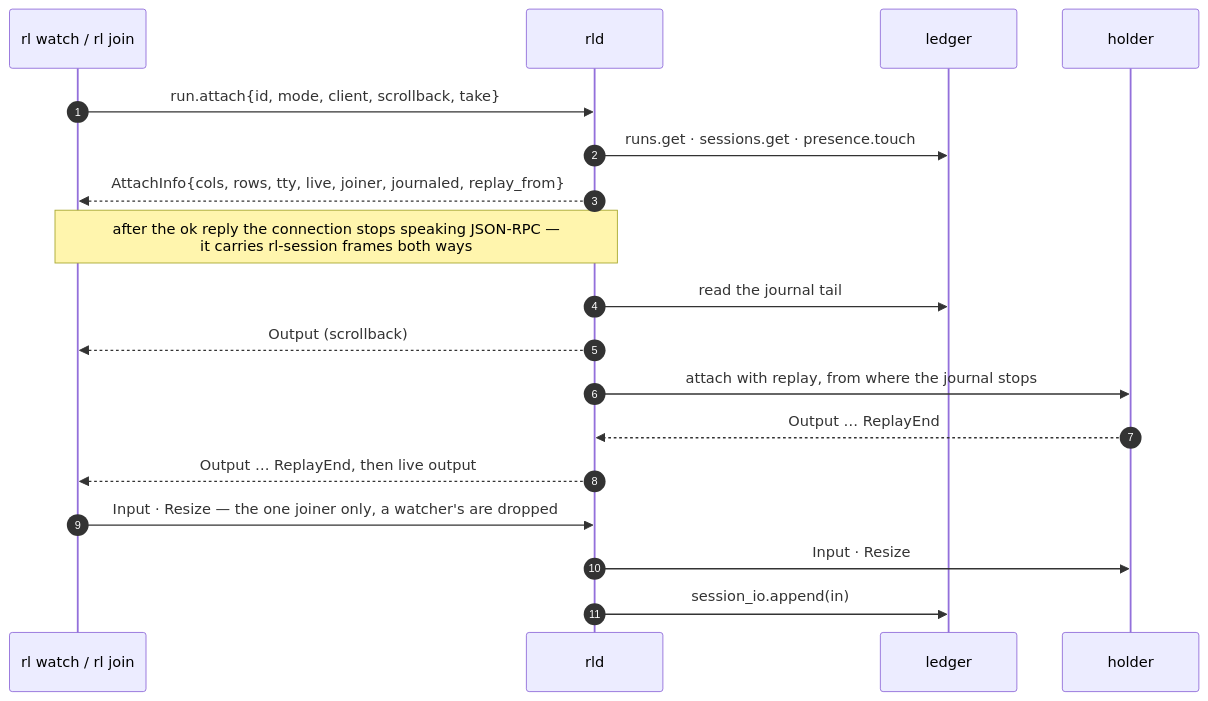
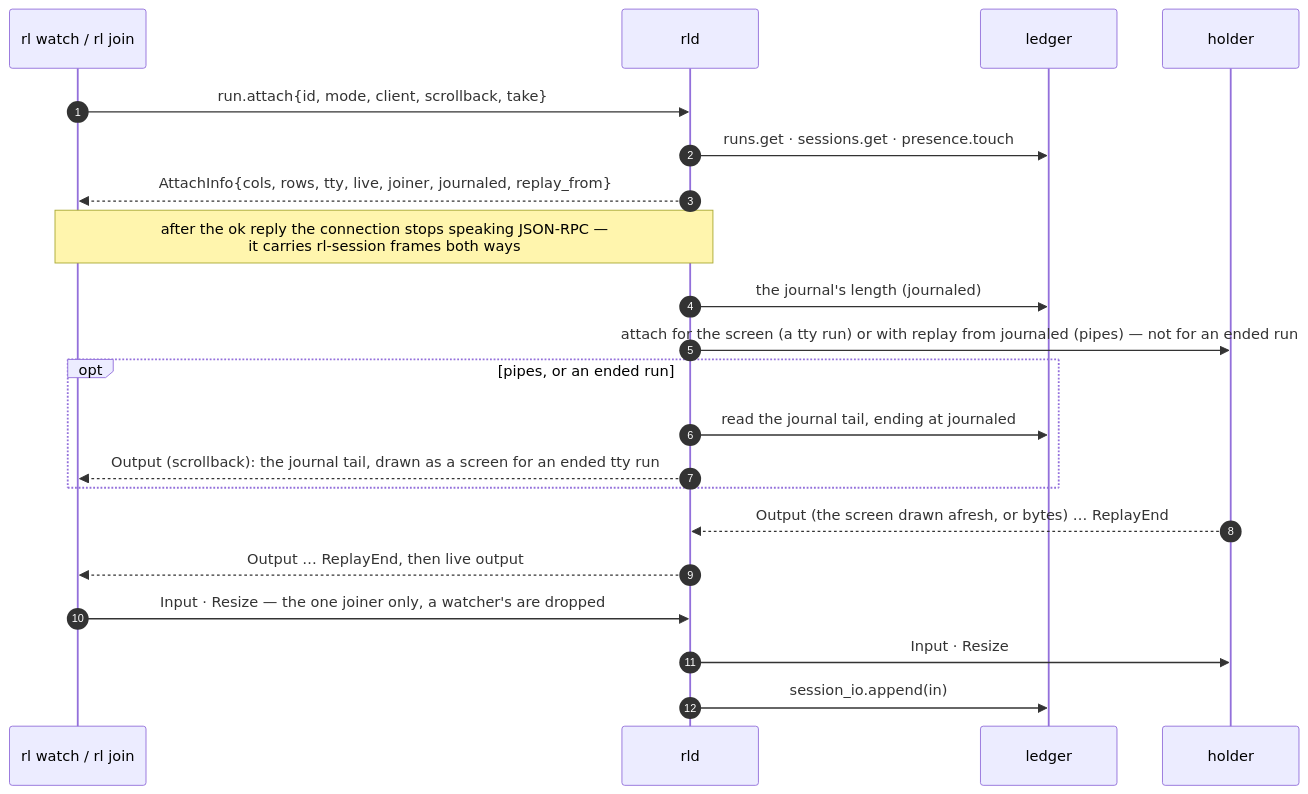
The fourth of 6 diagrams in docs/ARCHITECTURE.md (instilled/relay), drawn with Mermaid before and after one commit. The commit also changed other lines of this file and 20 other files, not shown here.

Commit message:
Watching or joining a terminal run draws its screen once, not a replay of every redraw (#163)

````diff
--- a/docs/ARCHITECTURE.md
+++ b/docs/ARCHITECTURE.md
@@ -199,23 +199,26 @@
 ```mermaid
 sequenceDiagram
     autonumber
     participant V as rl watch / rl join
     participant D as rld
     participant L as ledger
     participant S as holder
 
     V->>D: run.attach{id, mode, client, scrollback, take}
     D->>L: runs.get · sessions.get · presence.touch
     D-->>V: AttachInfo{cols, rows, tty, live, joiner, journaled, replay_from}
     Note over V,D: after the ok reply the connection stops speaking JSON-RPC —<br/>it carries rl-session frames both ways
 
-    D->>L: read the journal tail
-    D-->>V: Output (scrollback)
-    D->>S: attach with replay, from where the journal stops
-    S-->>D: Output … ReplayEnd
+    D->>L: the journal's length (journaled)
+    D->>S: attach for the screen (a tty run) or with replay from journaled (pipes) — not for an ended run
+    opt pipes, or an ended run
+        D->>L: read the journal tail, ending at journaled
+        D-->>V: Output (scrollback): the journal tail, drawn as a screen for an ended tty run
+    end
+    S-->>D: Output (the screen drawn afresh, or bytes) … ReplayEnd
     D-->>V: Output … ReplayEnd, then live output
 
     V->>D: Input · Resize — the one joiner only, a watcher's are dropped
     D->>S: Input · Resize
     D->>L: session_io.append(in)
 ```
````
